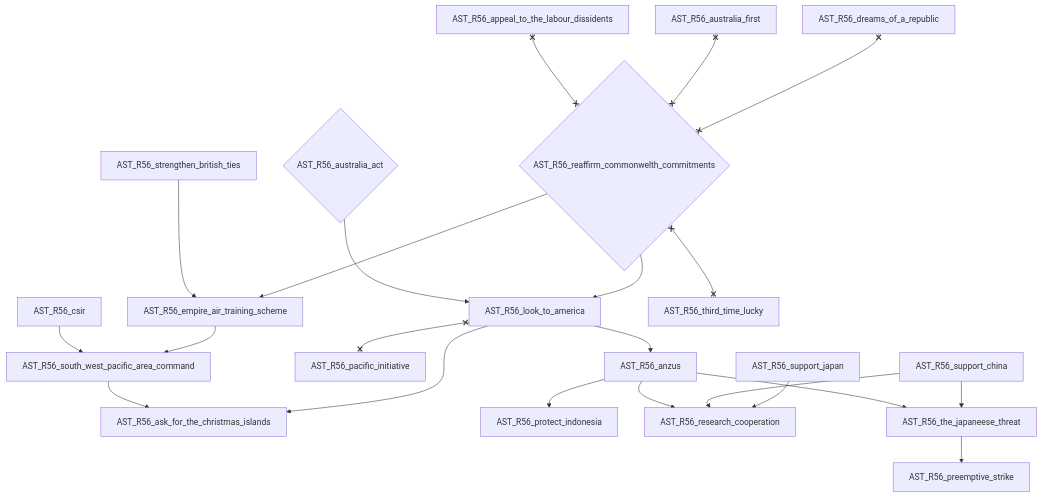
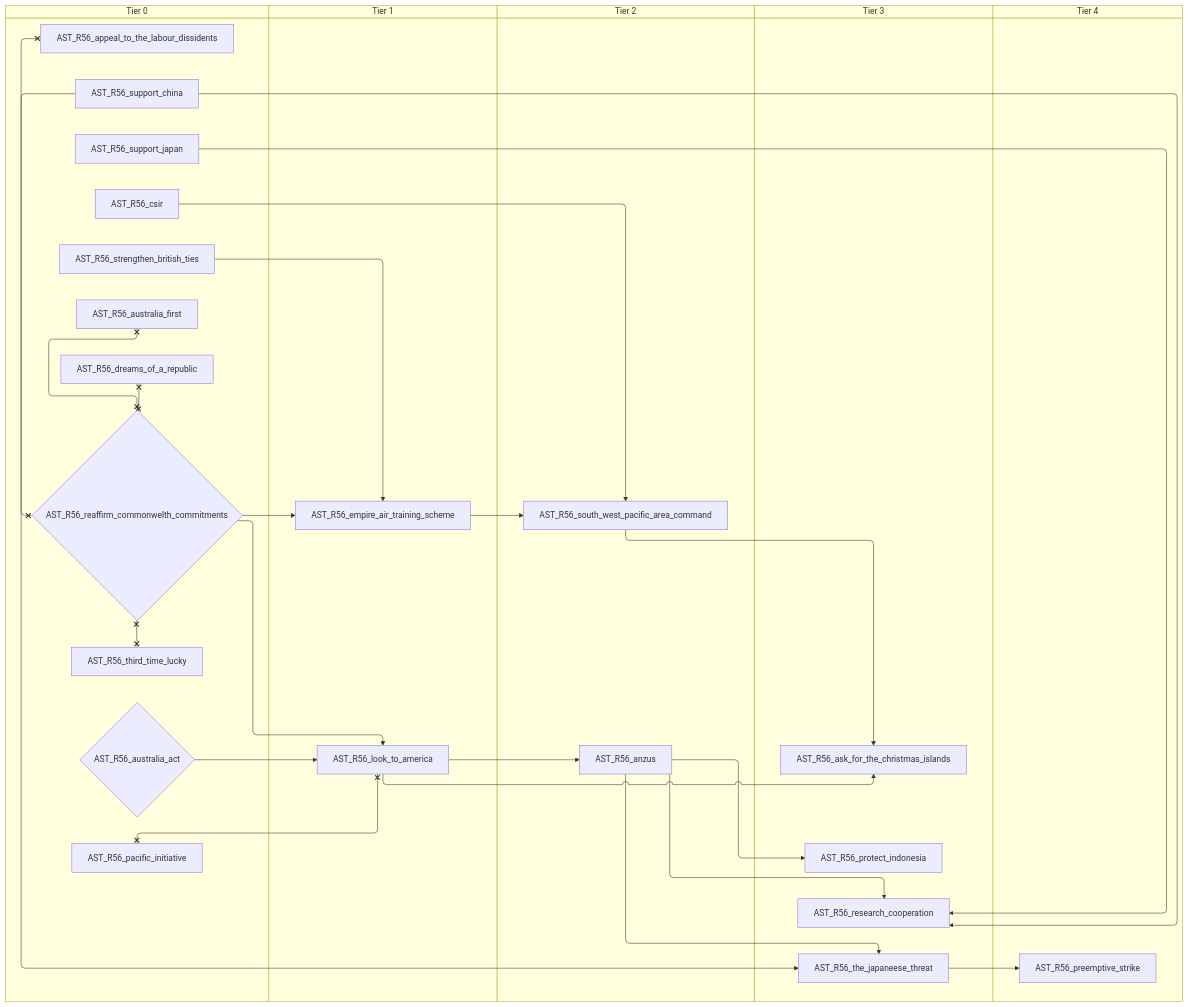
Before and after one commit to evgeny-sobol/hoi4-sandbox-mode-r56: the seventh of 12 diagrams in docs/gdd/National Focuses/australia.md, drawn with Mermaid. The commit also changed other lines of this file and 423 other files, not shown here.

First line of the commit message:
Re-export Rt56 focus trees as swimlane diagrams

````diff
--- a/docs/gdd/National Focuses/australia.md
+++ b/docs/gdd/National Focuses/australia.md
@@ -384,44 +464,54 @@
 ```mermaid
-flowchart TD
-    n97["AST_R56_anzus"]
-    n1["AST_R56_appeal_to_the_labour_dissidents"]
-    n98["AST_R56_ask_for_the_christmas_islands"]
-    n99{"AST_R56_australia_act"}
-    n2["AST_R56_australia_first"]
-    n127["AST_R56_csir"]
-    n10["AST_R56_dreams_of_a_republic"]
-    n128["AST_R56_empire_air_training_scheme"]
-    n100["AST_R56_look_to_america"]
-    n101["AST_R56_pacific_initiative"]
-    n102["AST_R56_preemptive_strike"]
-    n103["AST_R56_protect_indonesia"]
-    n24{"AST_R56_reaffirm_commonwelth_commitments"}
-    n104["AST_R56_research_cooperation"]
-    n105["AST_R56_south_west_pacific_area_command"]
-    n129["AST_R56_strengthen_british_ties"]
-    n106["AST_R56_support_china"]
-    n107["AST_R56_support_japan"]
-    n108["AST_R56_the_japaneese_threat"]
-    n34["AST_R56_third_time_lucky"]
-    n100 --> n97
-    n105 --> n98
-    n100 --> n98
-    n129 --> n128
-    n24 --> n128
-    n99 --> n100
-    n24 --> n100
-    n108 --> n102
-    n97 --> n103
-    n97 --> n104
-    n106 --> n104
-    n107 --> n104
-    n127 --> n105
-    n128 --> n105
-    n97 --> n108
-    n106 --> n108
-    n1 x--x n24
-    n2 x--x n24
-    n10 x--x n24
-    n100 x--x n101
-    n24 x--x n34
+swimlane-beta TD
+    subgraph tier_0["Tier 0"]
+        n1["AST_R56_appeal_to_the_labour_dissidents"]
+        n98{"AST_R56_australia_act"}
+        n2["AST_R56_australia_first"]
+        n127["AST_R56_csir"]
+        n3["AST_R56_dreams_of_a_republic"]
+        n100["AST_R56_pacific_initiative"]
+        n6{"AST_R56_reaffirm_commonwelth_commitments"}
+        n128["AST_R56_strengthen_british_ties"]
+        n103["AST_R56_support_china"]
+        n104["AST_R56_support_japan"]
+        n8["AST_R56_third_time_lucky"]
+    end
+    subgraph tier_1["Tier 1"]
+        n129["AST_R56_empire_air_training_scheme"]
+        n99["AST_R56_look_to_america"]
+    end
+    subgraph tier_2["Tier 2"]
+        n101["AST_R56_anzus"]
+        n97["AST_R56_south_west_pacific_area_command"]
+    end
+    subgraph tier_3["Tier 3"]
+        n102["AST_R56_ask_for_the_christmas_islands"]
+        n105["AST_R56_protect_indonesia"]
+        n106["AST_R56_research_cooperation"]
+        n107["AST_R56_the_japaneese_threat"]
+    end
+    subgraph tier_4["Tier 4"]
+        n108["AST_R56_preemptive_strike"]
+    end
+    n99 --> n101
+    n97 --> n102
+    n99 --> n102
+    n128 --> n129
+    n6 --> n129
+    n98 --> n99
+    n6 --> n99
+    n107 --> n108
+    n101 --> n105
+    n101 --> n106
+    n103 --> n106
+    n104 --> n106
+    n127 --> n97
+    n129 --> n97
+    n101 --> n107
+    n103 --> n107
+    n1 x--x n6
+    n2 x--x n6
+    n3 x--x n6
+    n99 x--x n100
+    n6 x--x n8
 ```
````
